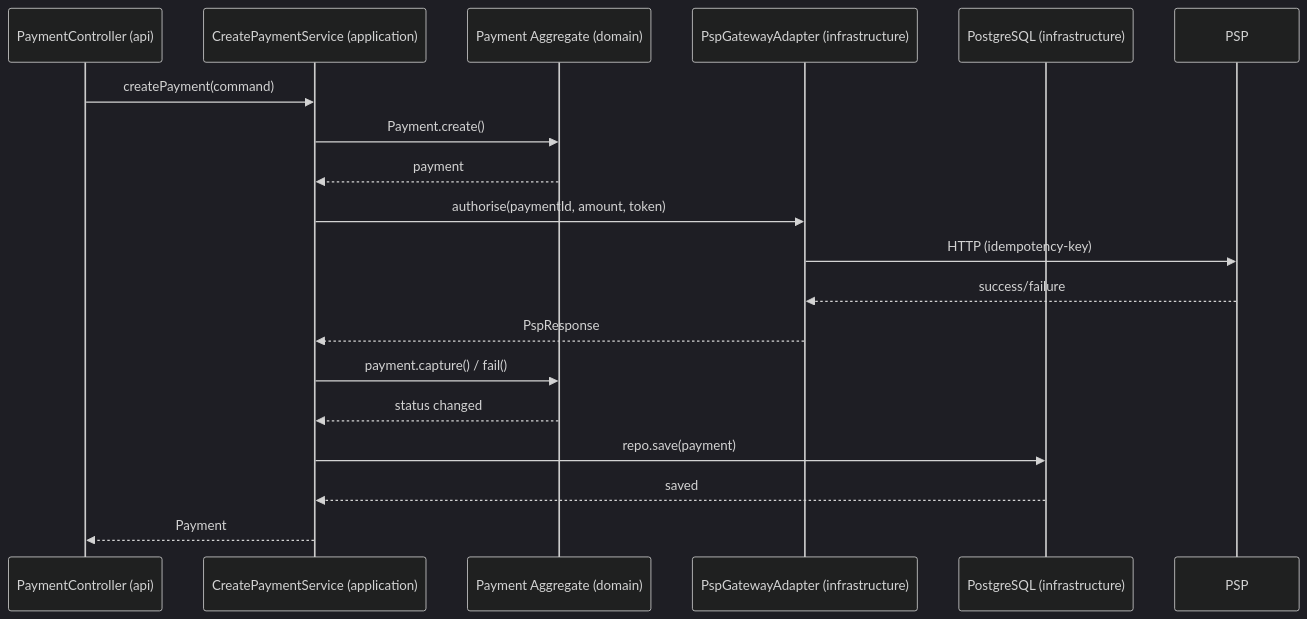
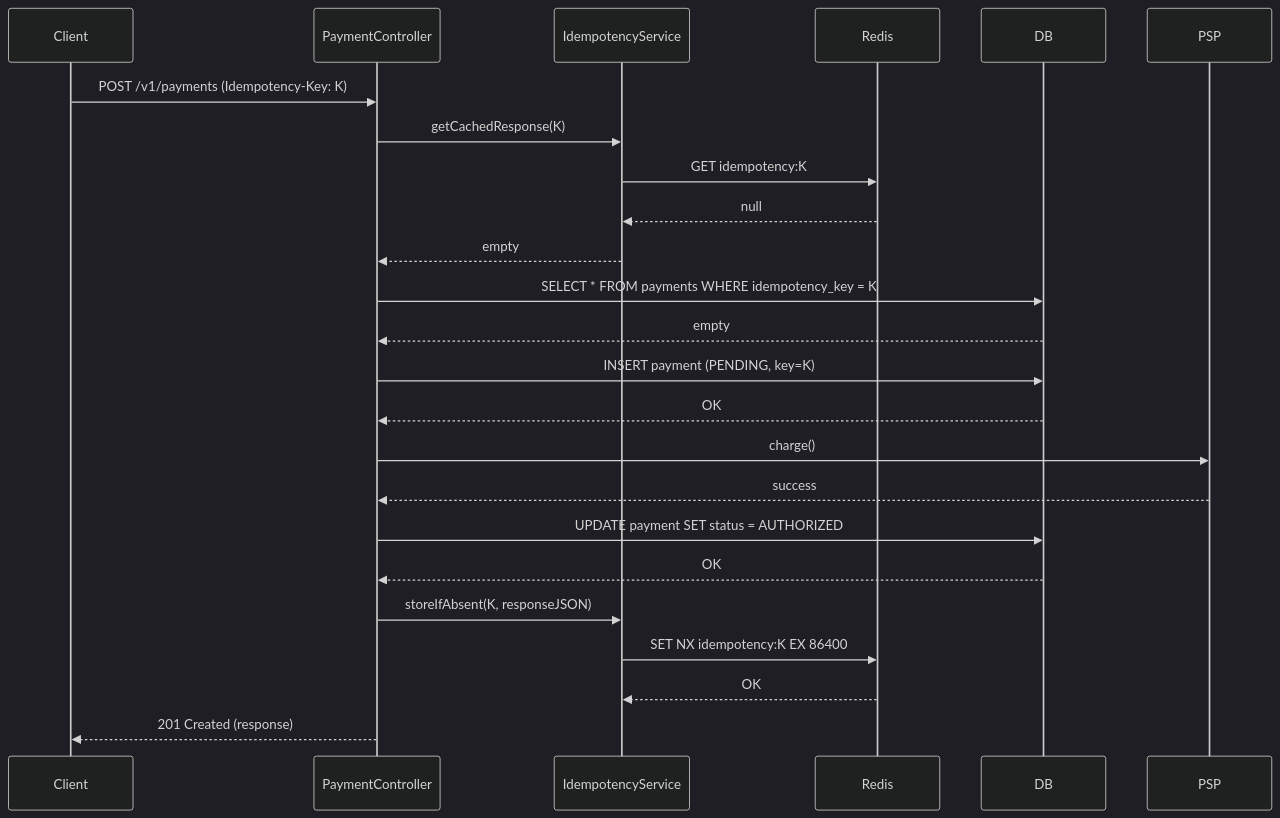
Before and after one commit to abhinandanchivate/Final_LTI_EE: the eighth of 13 diagrams in microservices/final/day1.md, drawn with Mermaid (dark theme). The commit also changed other lines of this file, not shown here.

````diff
--- a/microservices/final/day1.md
+++ b/microservices/final/day1.md
@@ -878,21 +995,33 @@
 ```mermaid
 sequenceDiagram
-    participant API as PaymentController (api)
-    participant App as CreatePaymentService (application)
-    participant Domain as Payment Aggregate (domain)
-    participant Infra as PspGatewayAdapter (infrastructure)
-    participant DB as PostgreSQL (infrastructure)
+    participant Client
+    participant API as PaymentController
+    participant Idem as IdempotencyService
+    participant Redis
+    participant DB
+    participant PSP
 
-    API->>App: createPayment(command)
-    App->>Domain: Payment.create()
-    Domain-->>App: payment
-    App->>Infra: authorise(paymentId, amount, token)
-    Infra->>PSP: HTTP (idempotency-key)
-    PSP-->>Infra: success/failure
-    Infra-->>App: PspResponse
-    App->>Domain: payment.capture() / fail()
-    Domain-->>App: status changed
-    App->>DB: repo.save(payment)
-    DB-->>App: saved
-    App-->>API: Payment
+    Client->>API: POST /v1/payments (Idempotency-Key: K)
+    API->>Idem: getCachedResponse(K)
+    Idem->>Redis: GET idempotency:K
+    Redis-->>Idem: null
+    Idem-->>API: empty
+
+    API->>DB: SELECT * FROM payments WHERE idempotency_key = K
+    DB-->>API: empty
+
+    API->>DB: INSERT payment (PENDING, key=K)
+    DB-->>API: OK
+
+    API->>PSP: charge()
+    PSP-->>API: success
+
+    API->>DB: UPDATE payment SET status = AUTHORIZED
+    DB-->>API: OK
+
+    API->>Idem: storeIfAbsent(K, responseJSON)
+    Idem->>Redis: SET NX idempotency:K EX 86400
+    Redis-->>Idem: OK
+
+    API-->>Client: 201 Created (response)
 ```
````
